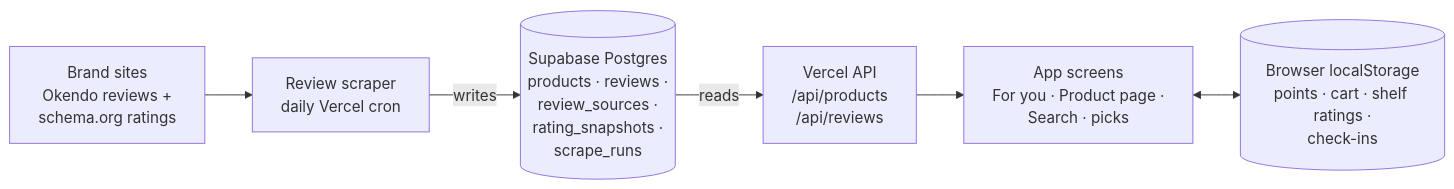
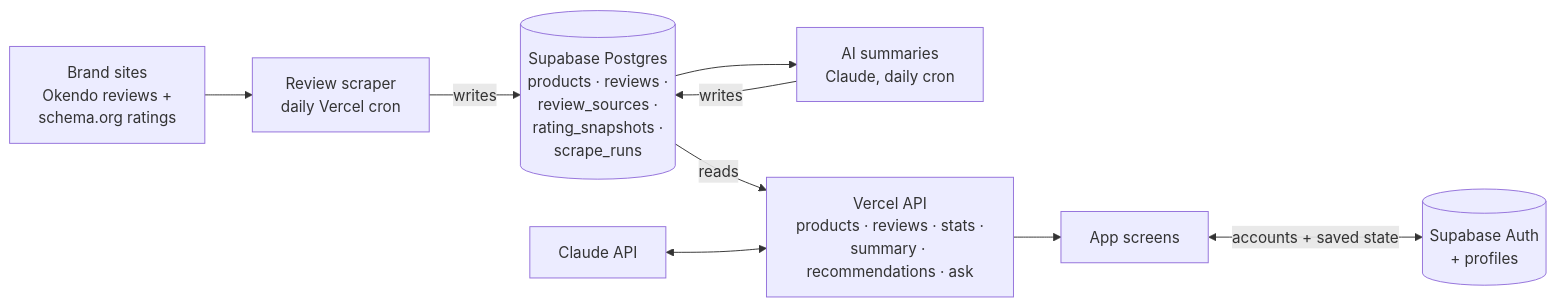
One commit to enyajpan/dew-web changed the second of 2 diagrams in README.md. Above: the diagram before and after it, drawn with Mermaid. The commit also changed other lines of this file and 5 other files, not shown here.

Commit message:
Product search suggestions, shelf adds, summary fix, docs for accounts and AI

````diff
--- a/README.md
+++ b/README.md
@@ -59,8 +69,10 @@
 ```mermaid
 flowchart LR
   WEB["Brand sites<br/>Okendo reviews +<br/>schema.org ratings"] --> SCR["Review scraper<br/>daily Vercel cron"]
   SCR -->|writes| DB[("Supabase Postgres<br/>products · reviews ·<br/>review_sources ·<br/>rating_snapshots ·<br/>scrape_runs")]
-  DB -->|reads| API["Vercel API<br/>/api/products<br/>/api/reviews"]
-  API --> APP["App screens<br/>For you · Product page ·<br/>Search · picks"]
-  APP <--> LS[("Browser localStorage<br/>points · cart · shelf ratings ·<br/>check-ins")]
+  DB --> SUM["AI summaries<br/>Claude, daily cron"] -->|writes| DB
+  DB -->|reads| API["Vercel API<br/>products · reviews · stats ·<br/>summary · recommendations · ask"]
+  API --> APP["App screens"]
+  CL["Claude API"] <--> API
+  APP <-->|accounts + saved state| AUTH[("Supabase Auth<br/>+ profiles")]
 ```
````
